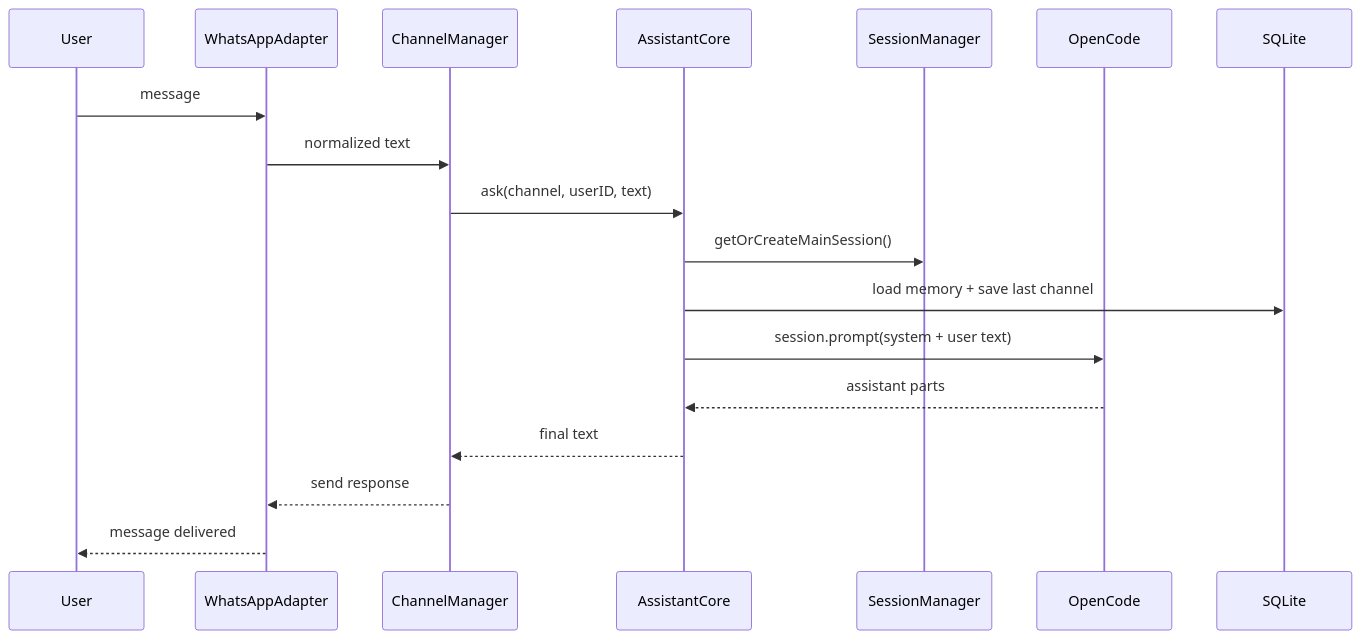
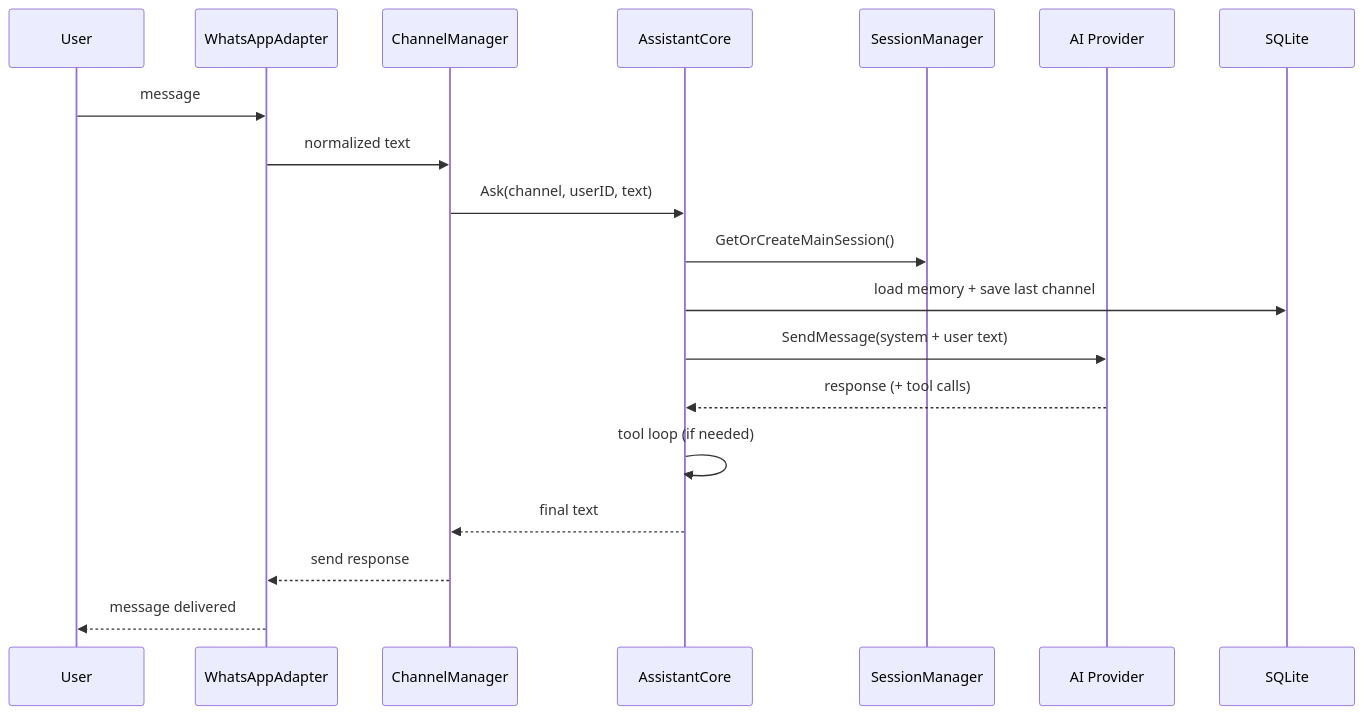
Before and after one commit to alexradunet/pocketbrain: the second of 3 diagrams in docs/architecture/system-overview.md, drawn with Mermaid. The commit also changed other lines of this file and 29 other files, not shown here.

````diff
--- a/docs/architecture/system-overview.md
+++ b/docs/architecture/system-overview.md
@@ -24,21 +24,22 @@
 ```mermaid
 sequenceDiagram
   participant U as User
   participant W as WhatsAppAdapter
   participant C as ChannelManager
   participant A as AssistantCore
   participant S as SessionManager
-  participant O as OpenCode
+  participant P as AI Provider
   participant D as SQLite
 
   U->>W: message
   W->>C: normalized text
-  C->>A: ask(channel, userID, text)
-  A->>S: getOrCreateMainSession()
+  C->>A: Ask(channel, userID, text)
+  A->>S: GetOrCreateMainSession()
   A->>D: load memory + save last channel
-  A->>O: session.prompt(system + user text)
-  O-->>A: assistant parts
+  A->>P: SendMessage(system + user text)
+  P-->>A: response (+ tool calls)
+  A->>A: tool loop (if needed)
   A-->>C: final text
   C-->>W: send response
   W-->>U: message delivered
 ```
````
